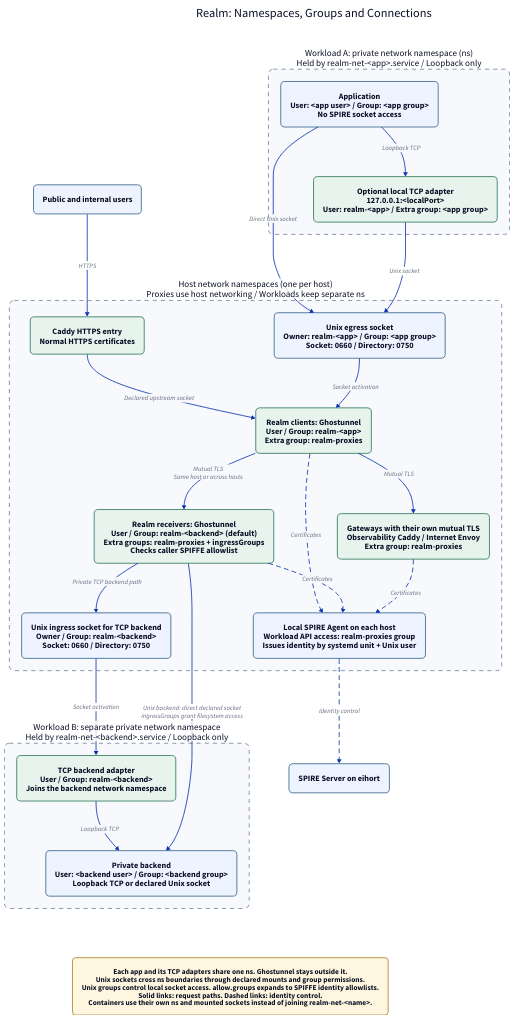
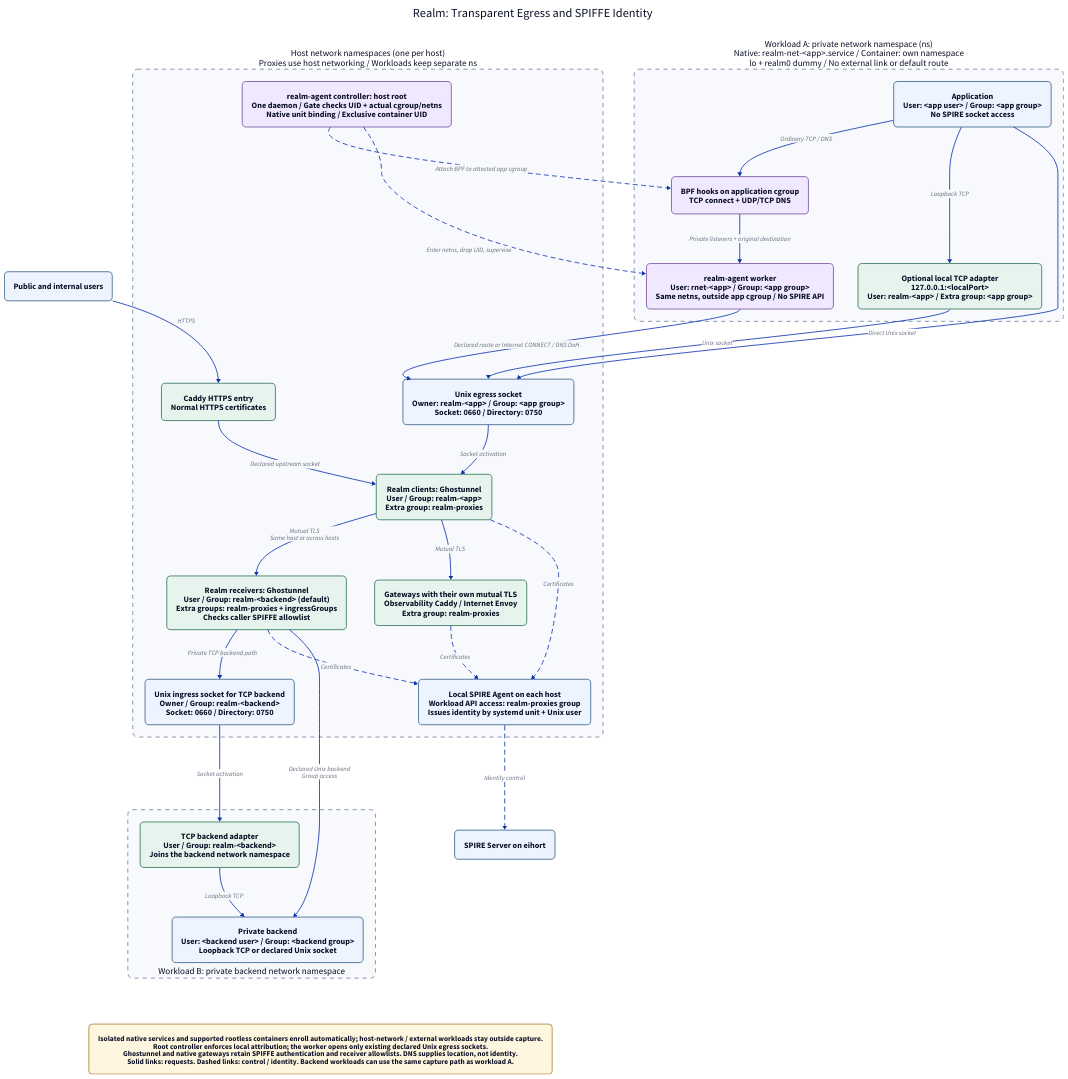
The diagram in layout/realm-overview.d2 (oluceps/nixos-config), drawn with D2 before and after one commit. The commit also changed 11 other files, not shown here.

Commit message:
docs(realm): update architecture diagrams for transparent agent

```diff
--- a/layout/realm-overview.d2
+++ b/layout/realm-overview.d2
@@ -1,58 +1,68 @@
 direction: down
 vars: { d2-config: { theme-id: 0 } }
 classes: {
   node: { style: { fill: "#eef4ff"; stroke: "#37628b"; border-radius: 10; font-size: 20 } }
   gateway: { style: { fill: "#e6f4ed"; stroke: "#31765b"; border-radius: 10; font-size: 20 } }
+  agent: { style: { fill: "#f0e8ff"; stroke: "#7652a2"; border-radius: 10; font-size: 20 } }
   note: { style: { fill: "#fff6df"; stroke: "#aa8330"; border-radius: 8; font-size: 18 } }
   namespace: { style: { fill: "#f7f9fc"; stroke: "#71839b"; stroke-dash: 5; border-radius: 12; font-size: 22 } }
 }
-title: "Realm: Namespaces, Groups and Connections" { shape: text; style.font-size: 30 }
+title: "Realm: Transparent Egress and SPIFFE Identity" { shape: text; style.font-size: 30 }
 users: "Public and internal users" { class: node }
 
-app_ns: "Workload A: private network namespace (ns)\nHeld by realm-net-<app>.service / Loopback only" {
+app_ns: "Workload A: private network namespace (ns)\nNative: realm-net-<app>.service / Container: own namespace\nlo + realm0 dummy / No external link or default route" {
   class: namespace
   app: "Application\nUser: <app user> / Group: <app group>\nNo SPIRE socket access" { class: node }
+  capture: "BPF hooks on application cgroup\nTCP connect + UDP/TCP DNS" { class: agent }
+  worker: "realm-agent worker\nUser: rnet-<app> / Group: <app group>\nSame netns, outside app cgroup / No SPIRE API" { class: agent }
+  app -> capture: "Ordinary TCP / DNS"
+  capture -> worker: "Private listeners + original destination"
   adapter: "Optional local TCP adapter\n127.0.0.1:<localPort>\nUser: realm-<app> / Extra group: <app group>" { class: gateway }
   app -> adapter: "Loopback TCP"
 }
 
 host_ns: "Host network namespaces (one per host)\nProxies use host networking / Workloads keep separate ns" {
   class: namespace
   caddy: "Caddy HTTPS entry\nNormal HTTPS certificates" { class: gateway }
   egress: "Unix egress socket\nOwner: realm-<app> / Group: <app group>\nSocket: 0660 / Directory: 0750" { class: node }
   clients: "Realm clients: Ghostunnel\nUser / Group: realm-<app>\nExtra group: realm-proxies" { class: gateway }
   receivers: "Realm receivers: Ghostunnel\nUser / Group: realm-<backend> (default)\nExtra groups: realm-proxies + ingressGroups\nChecks caller SPIFFE allowlist" { class: gateway }
   ingress: "Unix ingress socket for TCP backend\nOwner / Group: realm-<backend>\nSocket: 0660 / Directory: 0750" { class: node }
   native: "Gateways with their own mutual TLS\nObservability Caddy / Internet Envoy\nExtra group: realm-proxies" { class: gateway }
+  controller: "realm-agent controller: host root\nOne daemon / Gate checks UID + actual cgroup/netns\nNative unit binding / Exclusive container UID" { class: agent }
   agent: "Local SPIRE Agent on each host\nWorkload API access: realm-proxies group\nIssues identity by systemd unit + Unix user" { class: node }
   caddy -> clients: "Declared upstream socket"
   egress -> clients: "Socket activation"
   clients -> receivers: "Mutual TLS\nSame host or across hosts"
   receivers -> ingress: "Private TCP backend path"
   clients -> native: "Mutual TLS"
   clients -> agent: "Certificates" { style.stroke-dash: 5 }
   receivers -> agent: "Certificates" { style.stroke-dash: 5 }
   native -> agent: "Certificates" { style.stroke-dash: 5 }
 }
 
-backend_ns: "Workload B: separate private network namespace\nHeld by realm-net-<backend>.service / Loopback only" {
+backend_ns: "Workload B: private backend network namespace" {
   class: namespace
+  label.near: bottom-center
   adapter: "TCP backend adapter\nUser / Group: realm-<backend>\nJoins the backend network namespace" { class: gateway }
   backend: "Private backend\nUser: <backend user> / Group: <backend group>\nLoopback TCP or declared Unix socket" { class: node }
   adapter -> backend: "Loopback TCP"
 }
 server: "SPIRE Server on eihort" { class: node }
 
 users -> host_ns.caddy: "HTTPS"
 app_ns.app -> host_ns.egress: "Direct Unix socket"
 app_ns.adapter -> host_ns.egress: "Unix socket"
+app_ns.worker -> host_ns.egress: "Declared route or Internet CONNECT / DNS DoH"
+host_ns.controller -> app_ns.capture: "Attach BPF to attested app cgroup" { style.stroke-dash: 5 }
+host_ns.controller -> app_ns.worker: "Enter netns, drop UID, supervise" { style.stroke-dash: 5 }
 host_ns.ingress -> backend_ns.adapter: "Socket activation"
-host_ns.receivers -> backend_ns.backend: "Unix backend: direct declared socket\ningressGroups grant filesystem access"
+host_ns.receivers -> backend_ns.backend: "Declared Unix backend\nGroup access"
 host_ns.agent -> server: "Identity control" { style.stroke-dash: 5 }
 
-note: "Each app and its TCP adapters share one ns. Ghostunnel stays outside it.\nUnix sockets cross ns boundaries through declared mounts and group permissions.\nUnix groups control local socket access. allow.groups expands to SPIFFE identity allowlists.\nSolid links: request paths. Dashed links: identity control.\nContainers use their own ns and mounted sockets instead of joining realm-net-<name>." { class: note }
+note: "Isolated native services and supported rootless containers enroll automatically; host-network / external workloads stay outside capture.\nRoot controller enforces local attribution; the worker opens only existing declared Unix egress sockets.\nGhostunnel and native gateways retain SPIFFE authentication and receiver allowlists. DNS supplies location, not identity.\nSolid links: requests. Dashed links: control / identity. Backend workloads can use the same capture path as workload A." { class: note }
 # Invisible edges arrange the title and note.
 title -> users: { style.opacity: 0 }
 title -> app_ns: { style.opacity: 0 }
 backend_ns -> note: { style.opacity: 0 }
 server -> note: { style.opacity: 0 }
```
